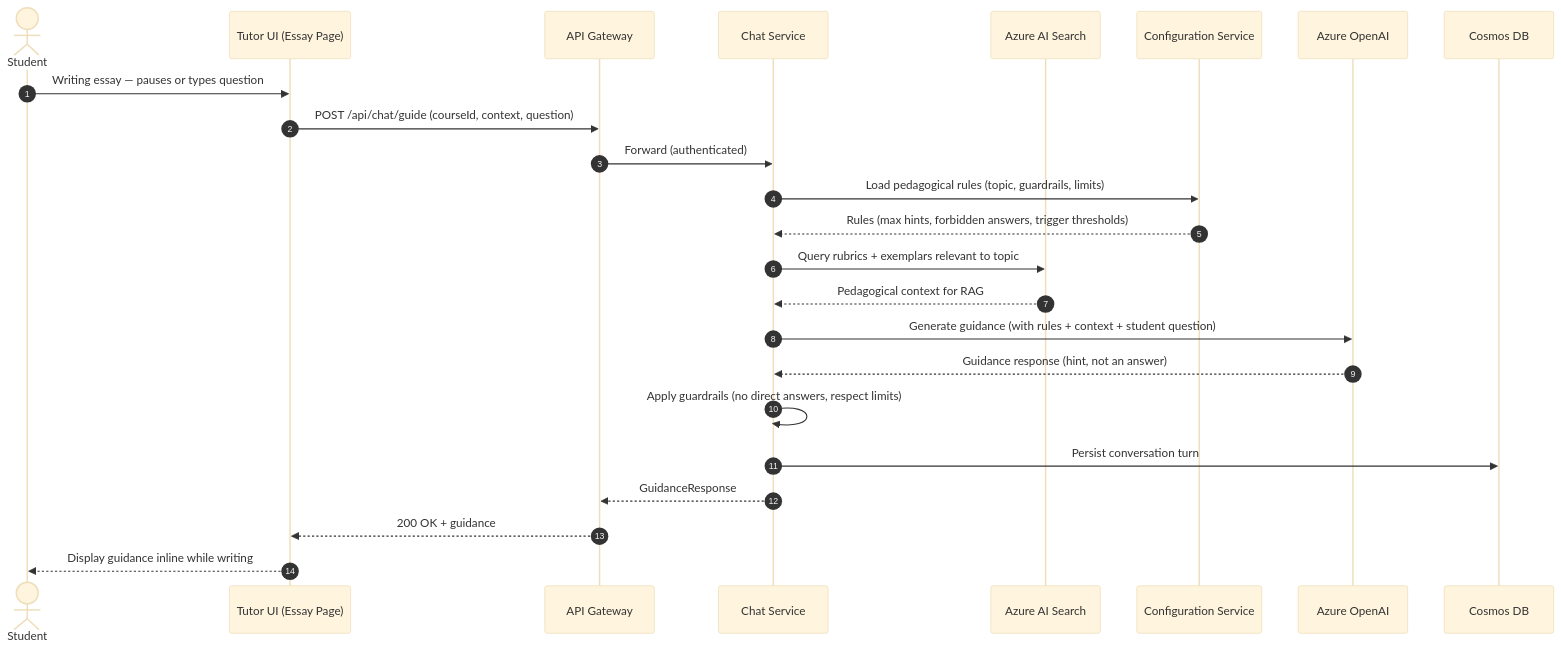
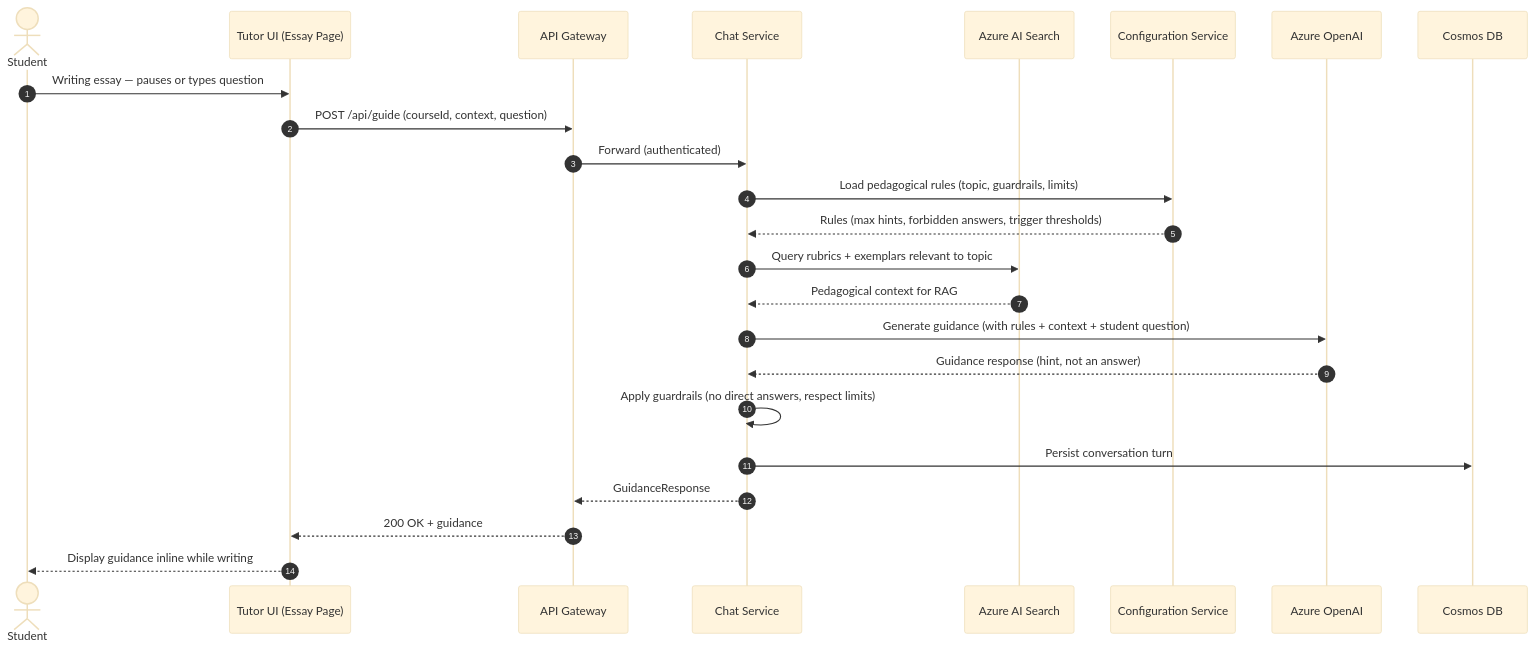
One commit to Azure-Samples/tutor changed diagram 12 of 26 in docs/architecture.md. Above: the diagram before and after it, drawn with Mermaid (base theme). The commit also changed other lines of this file and 43 other files, not shown here.

````diff
--- a/docs/architecture.md
+++ b/docs/architecture.md
@@ -457,31 +457,31 @@
 ```mermaid
 sequenceDiagram
     autonumber
     actor Student
     participant UI as Tutor UI (Essay Page)
     participant APIM as API Gateway
     participant Chat as Chat Service
     participant AISearch as Azure AI Search
     participant Config as Configuration Service
     participant OpenAI as Azure OpenAI
     participant Cosmos as Cosmos DB
 
     Student->>UI: Writing essay — pauses or types question
-    UI->>APIM: POST /api/chat/guide (courseId, context, question)
+    UI->>APIM: POST /api/guide (courseId, context, question)
     APIM->>Chat: Forward (authenticated)
 
     Chat->>Config: Load pedagogical rules (topic, guardrails, limits)
     Config-->>Chat: Rules (max hints, forbidden answers, trigger thresholds)
 
     Chat->>AISearch: Query rubrics + exemplars relevant to topic
     AISearch-->>Chat: Pedagogical context for RAG
 
     Chat->>OpenAI: Generate guidance (with rules + context + student question)
     OpenAI-->>Chat: Guidance response (hint, not an answer)
 
     Chat->>Chat: Apply guardrails (no direct answers, respect limits)
     Chat->>Cosmos: Persist conversation turn
     Chat-->>APIM: GuidanceResponse
     APIM-->>UI: 200 OK + guidance
     UI-->>Student: Display guidance inline while writing
 ```
````
